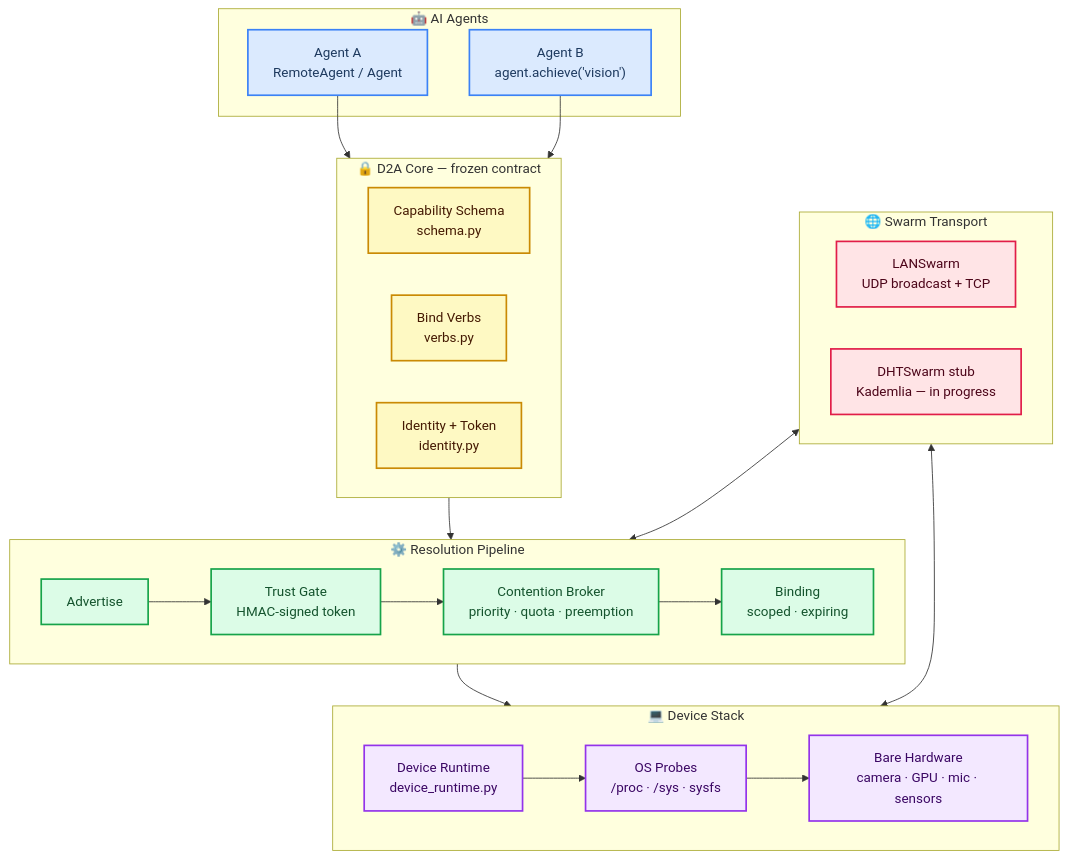
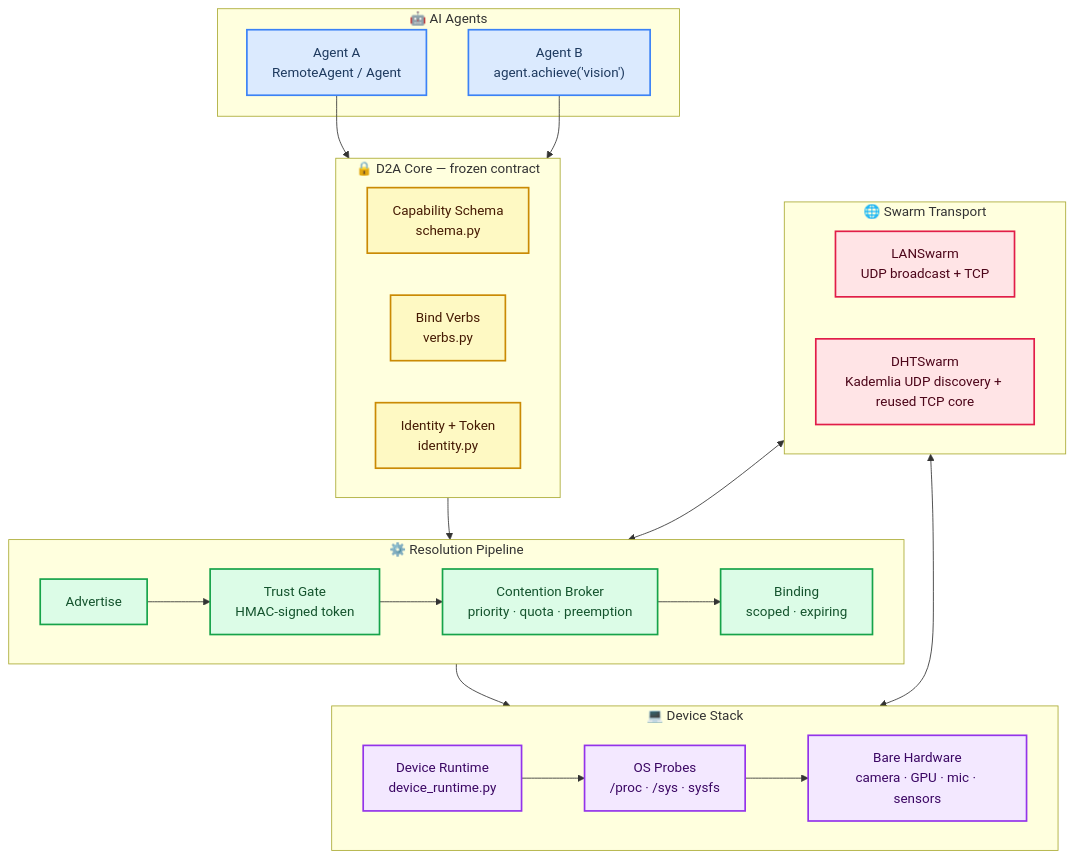
The first of 5 diagrams in README.md (student-kshitish/device-to-agent), drawn with Mermaid before and after one commit. The commit also changed other lines of this file and 17 other files, not shown here.

````diff
--- a/README.md
+++ b/README.md
@@ -24,51 +24,51 @@
 ```mermaid
 flowchart TB
     subgraph Agents["🤖  AI Agents"]
         A1["Agent A\nRemoteAgent / Agent"]
         A2["Agent B\nagent.achieve('vision')"]
     end
 
     subgraph Core["🔒  D2A Core — frozen contract"]
         SC["Capability Schema\nschema.py"]
         VB["Bind Verbs\nverbs.py"]
         ID["Identity + Token\nidentity.py"]
     end
 
     subgraph Pipeline["⚙️  Resolution Pipeline"]
         AD["Advertise"]
         TG["Trust Gate\nHMAC-signed token"]
         BR["Contention Broker\npriority · quota · preemption"]
         BI["Binding\nscoped · expiring"]
         AD --> TG --> BR --> BI
     end
 
     subgraph DevStack["💻  Device Stack"]
         DR["Device Runtime\ndevice_runtime.py"]
         PB["OS Probes\n/proc · /sys · sysfs"]
         HW["Bare Hardware\ncamera · GPU · mic · sensors"]
         DR --> PB --> HW
     end
 
     subgraph Transport["🌐  Swarm Transport"]
         LS["LANSwarm\nUDP broadcast + TCP"]
-        DS["DHTSwarm stub\nKademlia — in progress"]
+        DS["DHTSwarm\nKademlia UDP discovery + reused TCP core"]
     end
 
     A1 & A2 --> Core
     Core --> Pipeline
     Pipeline --> DevStack
     Transport <--> Pipeline
     Transport <--> DevStack
 
     classDef agentNode  fill:#dbeafe,stroke:#3b82f6,stroke-width:2px,color:#1e3a5f
     classDef coreNode   fill:#fef9c3,stroke:#ca8a04,stroke-width:2px,color:#451a03
     classDef pipeNode   fill:#dcfce7,stroke:#16a34a,stroke-width:2px,color:#14532d
     classDef devNode    fill:#f3e8ff,stroke:#9333ea,stroke-width:2px,color:#3b0764
     classDef transNode  fill:#ffe4e6,stroke:#e11d48,stroke-width:2px,color:#4c0519
 
     class A1,A2 agentNode
     class SC,VB,ID coreNode
     class AD,TG,BR,BI pipeNode
     class DR,PB,HW devNode
     class LS,DS transNode
 ```
````
